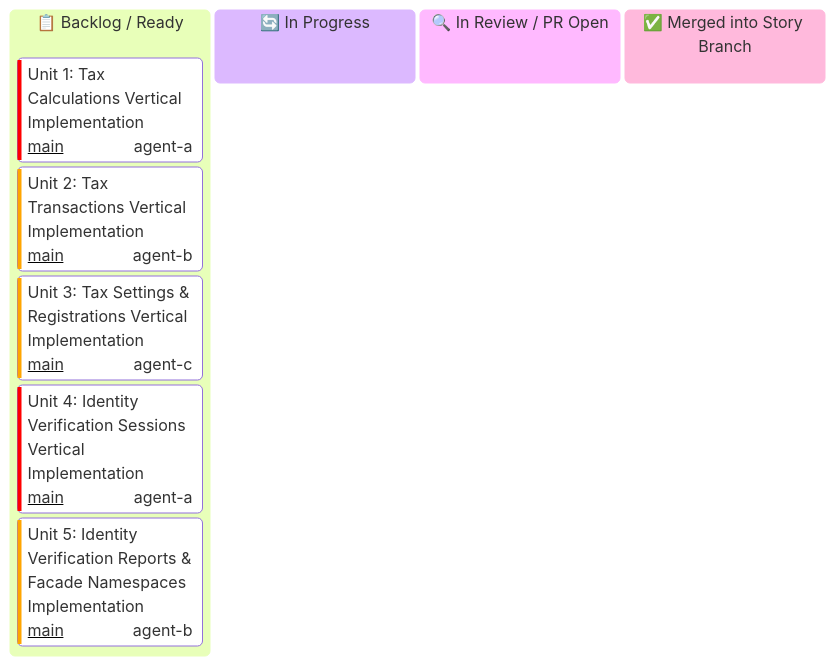
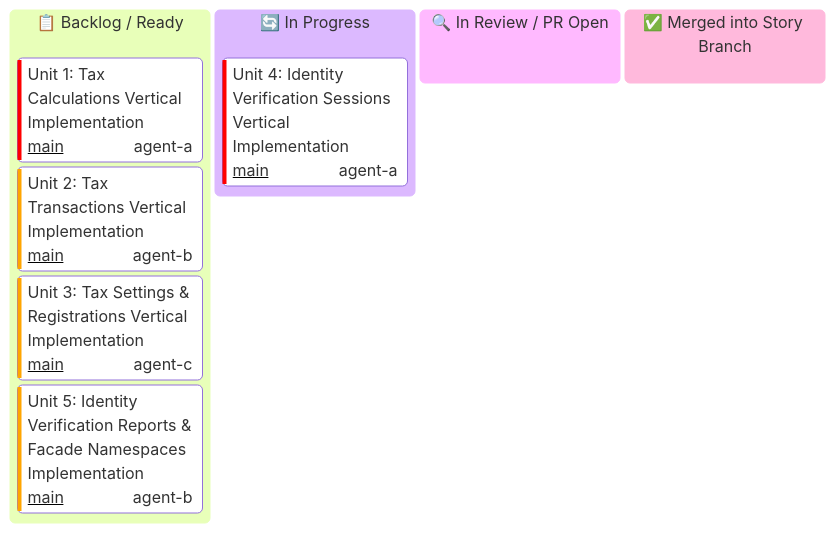
One commit to some-of-cs/some-stripe changed the diagram in docs/user-stories/module-7-specialized-product-namespaces/US-7.1.0-KANBAN.md. Above: the diagram before and after it, drawn with Mermaid. The commit also changed other lines of this file and 8 other files, not shown here.

Commit message:
feat(us-7.1.0/unit-4): identity verification sessions resource and biometric models

````diff
--- a/docs/user-stories/module-7-specialized-product-namespaces/US-7.1.0-KANBAN.md
+++ b/docs/user-stories/module-7-specialized-product-namespaces/US-7.1.0-KANBAN.md
@@ -16,17 +16,17 @@
 ```mermaid
 ---
 config:
   kanban:
     ticketBaseUrl: 'https://github.com/some-of-cs/some-stripe/pull/#TICKET#'
 ---
 kanban
   todo[📋 Backlog / Ready]
     u1[Unit 1: Tax Calculations Vertical Implementation]@{ ticket: 'main', assigned: 'agent-a', priority: 'Very High' }
     u2[Unit 2: Tax Transactions Vertical Implementation]@{ ticket: 'main', assigned: 'agent-b', priority: 'High' }
     u3[Unit 3: Tax Settings & Registrations Vertical Implementation]@{ ticket: 'main', assigned: 'agent-c', priority: 'High' }
-    u4[Unit 4: Identity Verification Sessions Vertical Implementation]@{ ticket: 'main', assigned: 'agent-a', priority: 'Very High' }
     u5[Unit 5: Identity Verification Reports & Facade Namespaces Implementation]@{ ticket: 'main', assigned: 'agent-b', priority: 'High' }
   in_progress[🔄 In Progress]
+    u4[Unit 4: Identity Verification Sessions Vertical Implementation]@{ ticket: 'main', assigned: 'agent-a', priority: 'Very High' }
   in_review[🔍 In Review / PR Open]
   done[✅ Merged into Story Branch]
 ```
````
